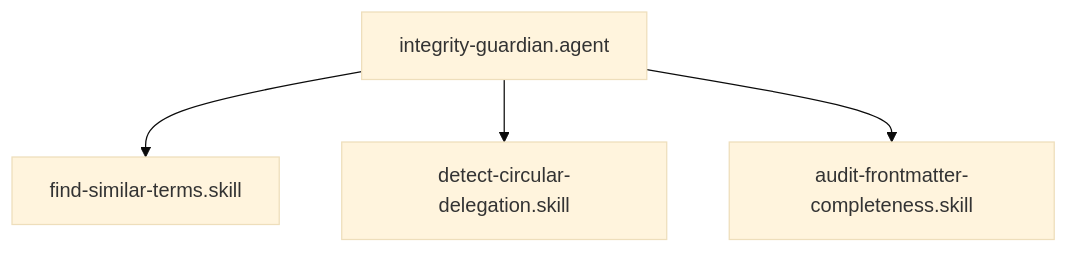
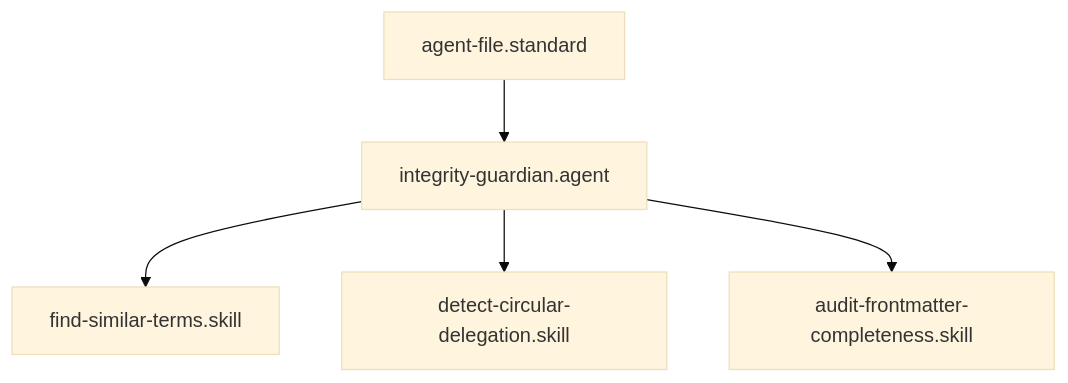
One commit to Gizmo4Life/ai-kernel changed the diagram in agents/integrity-guardian.agent.md. Above: the diagram before and after it, drawn with Mermaid (base theme). The commit also changed other lines of this file and 89 other files, not shown here.

````diff
--- a/agents/integrity-guardian.agent.md
+++ b/agents/integrity-guardian.agent.md
@@ -27,6 +27,7 @@
 ```mermaid
 graph TD
+    agent-file.standard --> integrity-guardian.agent
     integrity-guardian.agent --> find-similar-terms[find-similar-terms.skill]
     integrity-guardian.agent --> detect-circular-delegation[detect-circular-delegation.skill]
     integrity-guardian.agent --> audit-frontmatter-completeness[audit-frontmatter-completeness.skill]
 ```
````
